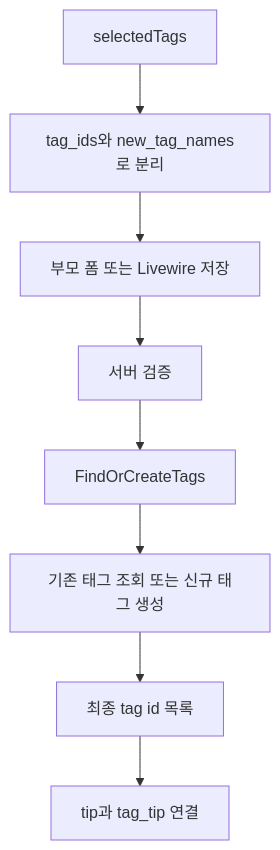
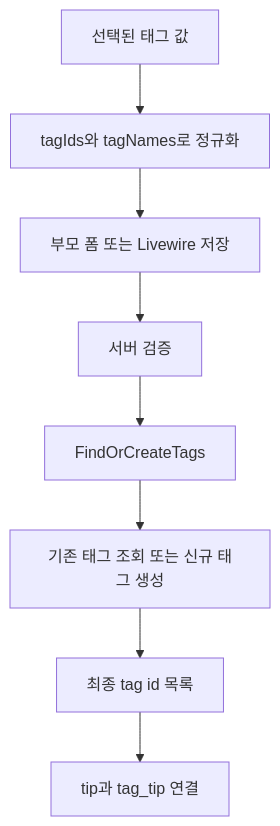
Before and after one commit to superphs333/tipmarket: the second of 2 diagrams in docs/templates/tag-selector.md, drawn with Mermaid. The commit also changed other lines of this file, not shown here.

````diff
--- a/docs/templates/tag-selector.md
+++ b/docs/templates/tag-selector.md
@@ -120,10 +117,10 @@
 ```mermaid
 flowchart TD
-    A["selectedTags"] --> B["tag_ids와 new_tag_names로 분리"]
+    A["선택된 태그 값"] --> B["tagIds와 tagNames로 정규화"]
     B --> C["부모 폼 또는 Livewire 저장"]
     C --> D["서버 검증"]
     D --> E["FindOrCreateTags"]
     E --> F["기존 태그 조회 또는 신규 태그 생성"]
     F --> G["최종 tag id 목록"]
     G --> H["tip과 tag_tip 연결"]
 ```
````
